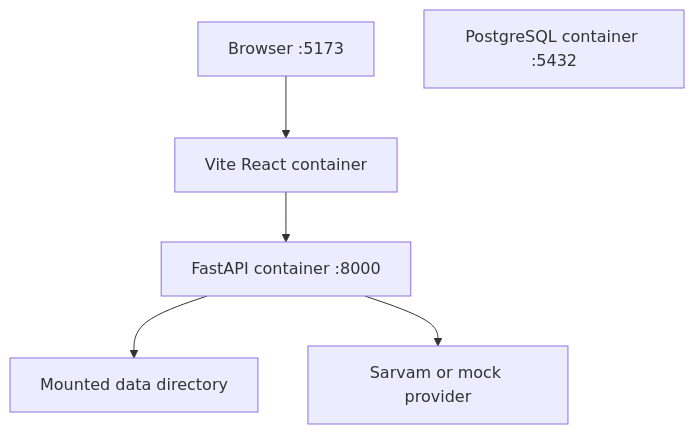
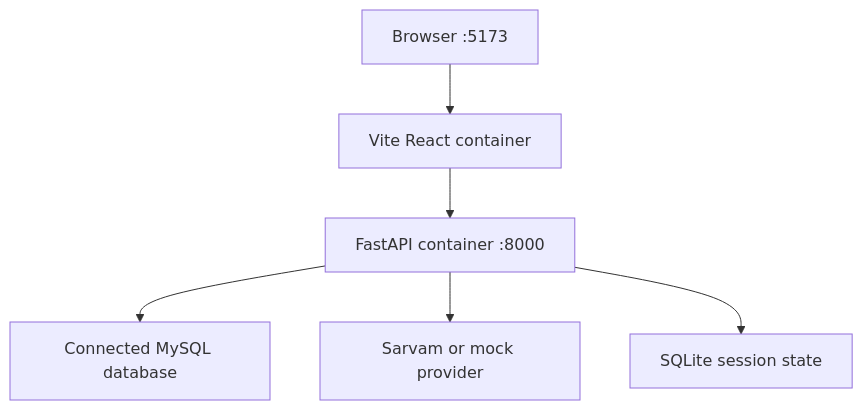
Before and after one commit to MenigStar91/tbx-ai-assistant: the second of 4 diagrams in docs/ARCHITECTURE.md, drawn with Mermaid. The commit also changed other lines of this file, not shown here.

Commit message:
Move runtime analytics to introspected MySQL: docs/ARCHITECTURE.md

````diff
--- a/docs/ARCHITECTURE.md
+++ b/docs/ARCHITECTURE.md
@@ -50,8 +50,8 @@
 ```mermaid
 flowchart TD
     Browser[Browser :5173] --> Web[Vite React container]
     Web --> API[FastAPI container :8000]
-    API --> Data[Mounted data directory]
+    API --> Data[Connected MySQL database]
     API --> Provider[Sarvam or mock provider]
-    DB[PostgreSQL container :5432]
+    API --> Memory[SQLite session state]
 ```
````
